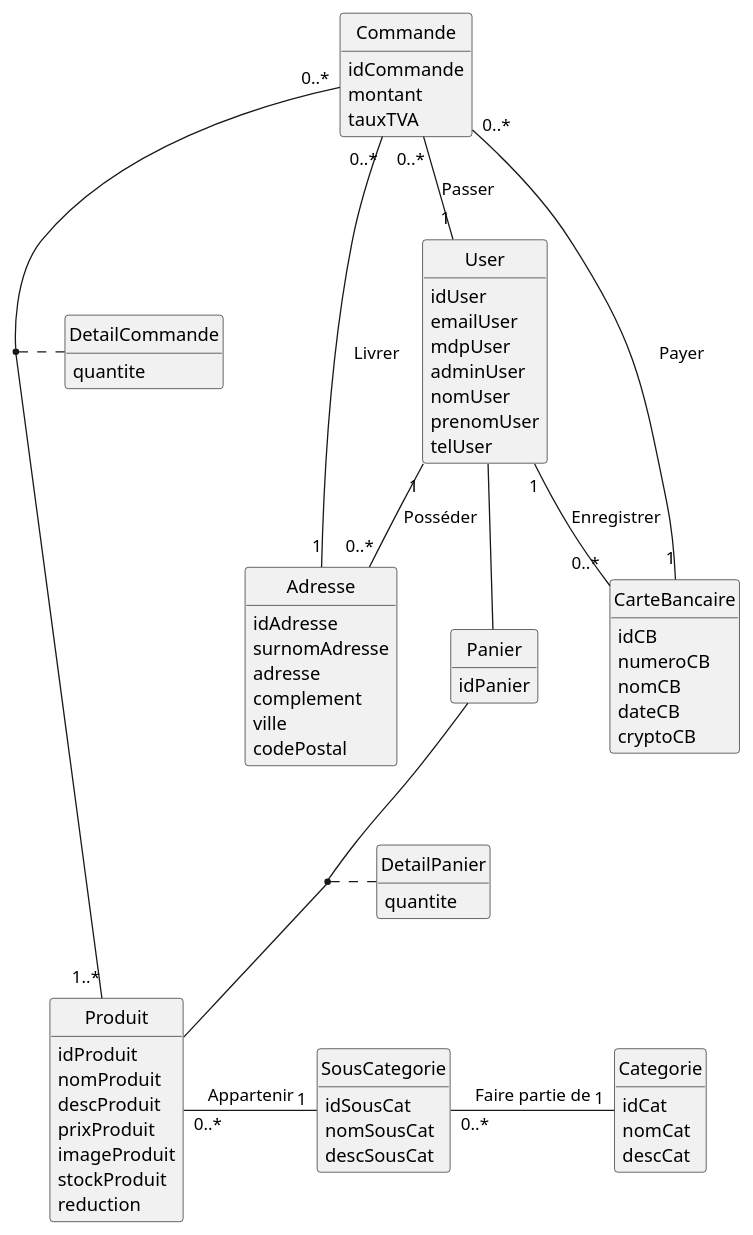
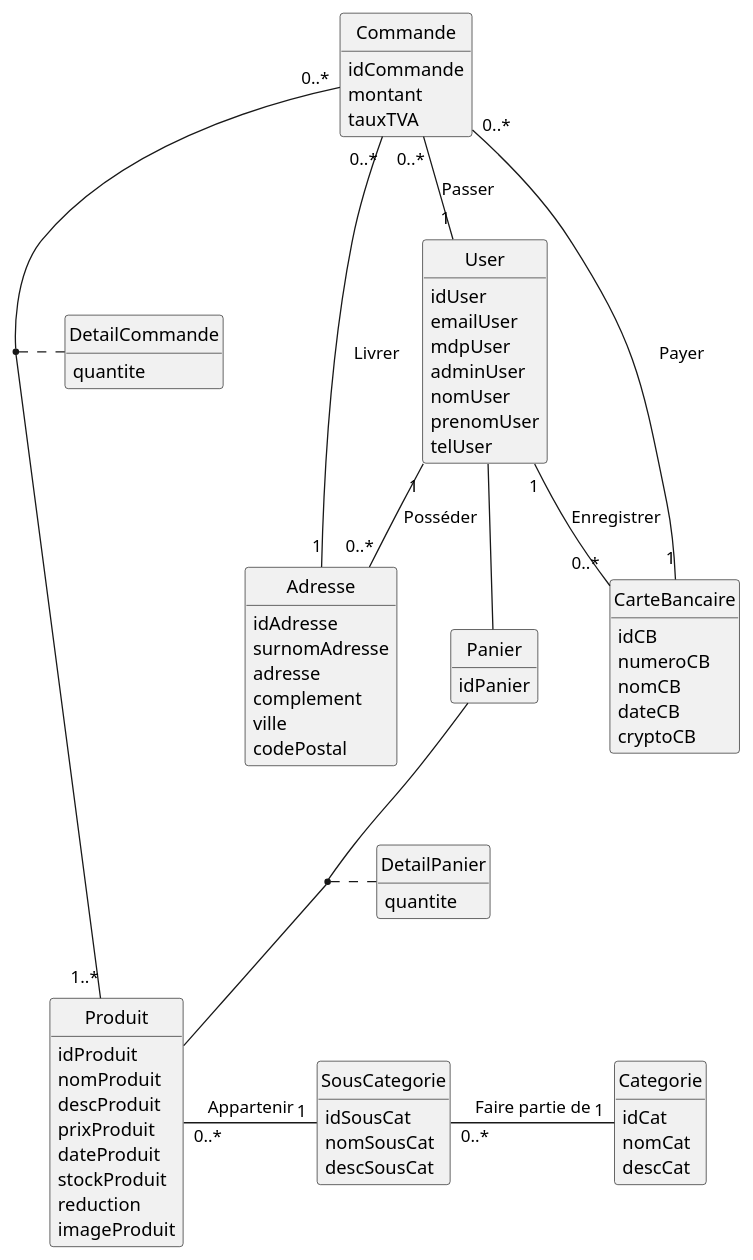
Before and after one commit to IUT-Blagnac/sae3-01-devapp-g2a-9: the diagram in bd/dc.plantuml, drawn with PlantUML.

Commit message:
ajout dateProduit

```diff
--- a/bd/dc.plantuml
+++ b/bd/dc.plantuml
@@ -1,80 +1,81 @@
 @startuml
 class Produit{
     idProduit
     nomProduit
     descProduit
     prixProduit
-    imageProduit
+    dateProduit
     stockProduit
     reduction
+    imageProduit
 }
 class Categorie{
     idCat
     nomCat
     descCat
 }
 class SousCategorie{
     idSousCat
     nomSousCat
     descSousCat
 }
 class DetailCommande{
     quantite    
 }
 class Commande{
     idCommande
     montant
     tauxTVA
 }
 class User{
     idUser
     emailUser
     mdpUser
     adminUser
     nomUser
     prenomUser
     telUser
 }
 class Adresse{
     idAdresse
     surnomAdresse
     adresse
     complement
     ville
     codePostal
 }
 class CarteBancaire{
     idCB
     numeroCB
     nomCB
     dateCB
     cryptoCB
 }
 class Panier {
     idPanier
 }
 class DetailPanier {
     quantite
 }
 
 Produit "0..*" - "1" SousCategorie : Appartenir
 SousCategorie "0..*" - "1" Categorie : Faire partie de
 Commande "0..*" -- "1..*" Produit
 (Commande, Produit) .. DetailCommande
 
 Commande "0..*" -- "1" User : Passer
 Commande "0..*" -- "1" CarteBancaire : Payer
 Commande "0..*" -- "1" Adresse : Livrer
 
 User "1" -- "0..*" Adresse : Posséder
 User "1" -- "0..*" CarteBancaire  : Enregistrer
 
 User -- Panier
 (Panier, Produit) .. DetailPanier
 
 
 
 
 hide empty methods
 hide circle
 @enduml
```
